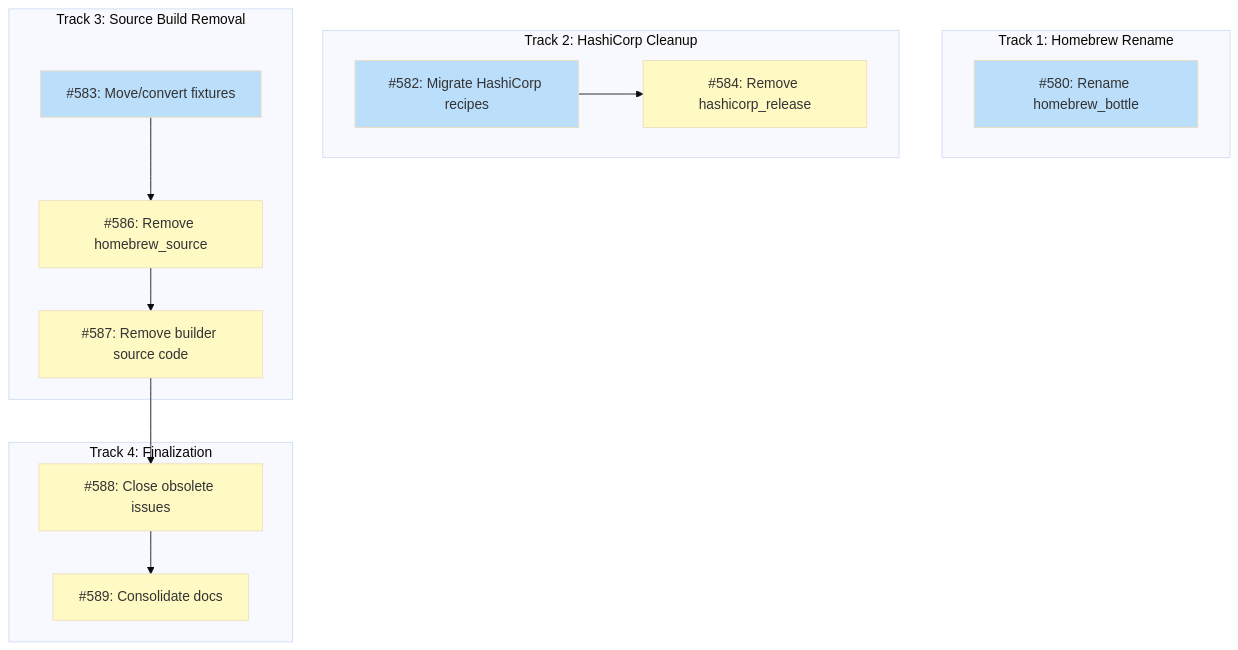
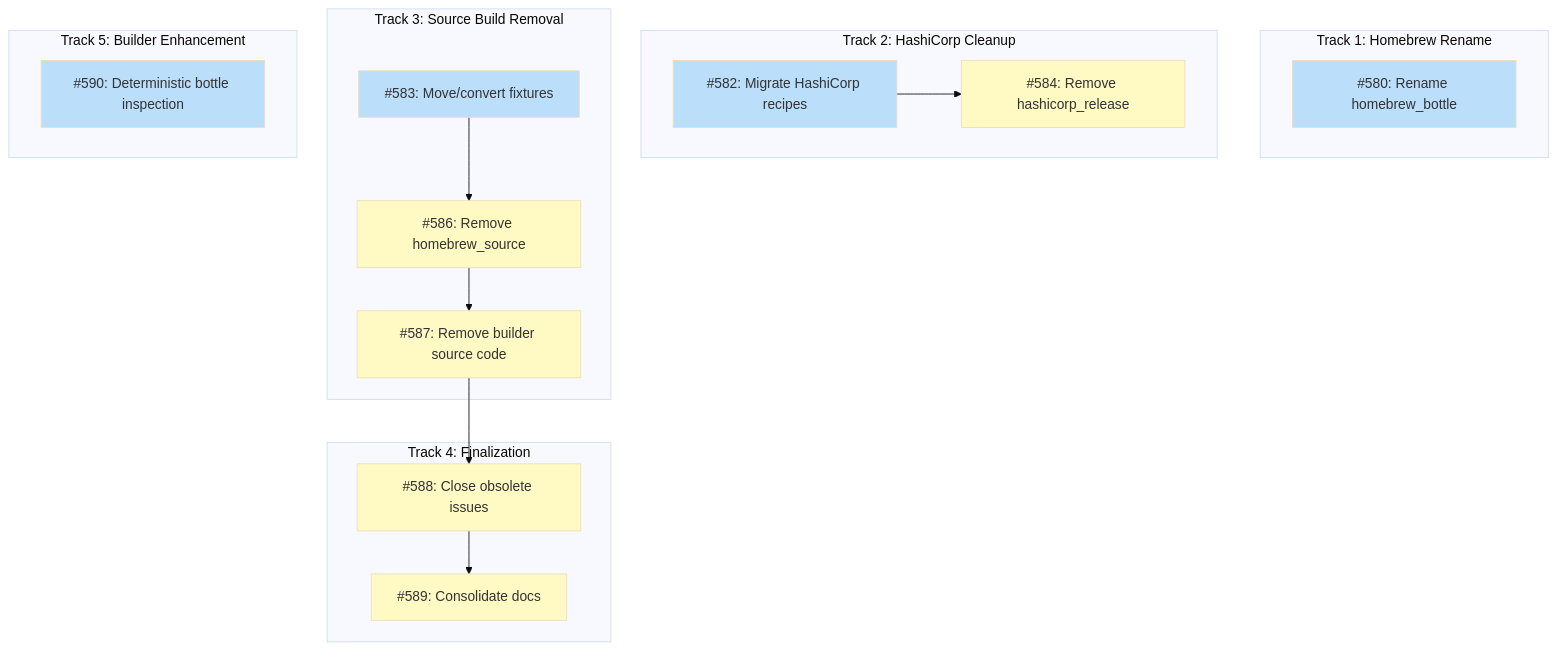
The diagram in docs/DESIGN-homebrew-cleanup.md (tsuku-dev/tsuku), drawn with Mermaid (base theme) before and after one commit. The commit also changed other lines of this file, not shown here.

Commit message:
docs: add deterministic bottle inspection issue (#590)

````diff
--- a/docs/DESIGN-homebrew-cleanup.md
+++ b/docs/DESIGN-homebrew-cleanup.md
@@ -22,36 +23,40 @@
 ```mermaid
 graph TD
     subgraph Track1["Track 1: Homebrew Rename"]
         I580["#580: Rename homebrew_bottle"]
     end
 
     subgraph Track2["Track 2: HashiCorp Cleanup"]
         I582["#582: Migrate HashiCorp recipes"]
         I584["#584: Remove hashicorp_release"]
     end
 
     subgraph Track3["Track 3: Source Build Removal"]
         I583["#583: Move/convert fixtures"]
         I586["#586: Remove homebrew_source"]
         I587["#587: Remove builder source code"]
     end
 
     subgraph Track4["Track 4: Finalization"]
         I588["#588: Close obsolete issues"]
         I589["#589: Consolidate docs"]
     end
 
+    subgraph Track5["Track 5: Builder Enhancement"]
+        I590["#590: Deterministic bottle inspection"]
+    end
+
     I582 --> I584
     I583 --> I586
     I586 --> I587
     I587 --> I588
     I588 --> I589
 
     classDef done fill:#c8e6c9
     classDef ready fill:#bbdefb
     classDef blocked fill:#fff9c4
     classDef needsDesign fill:#e1bee7
 
-    class I580,I582,I583 ready
+    class I580,I582,I583,I590 ready
     class I584,I586,I587,I588,I589 blocked
 ```
````
